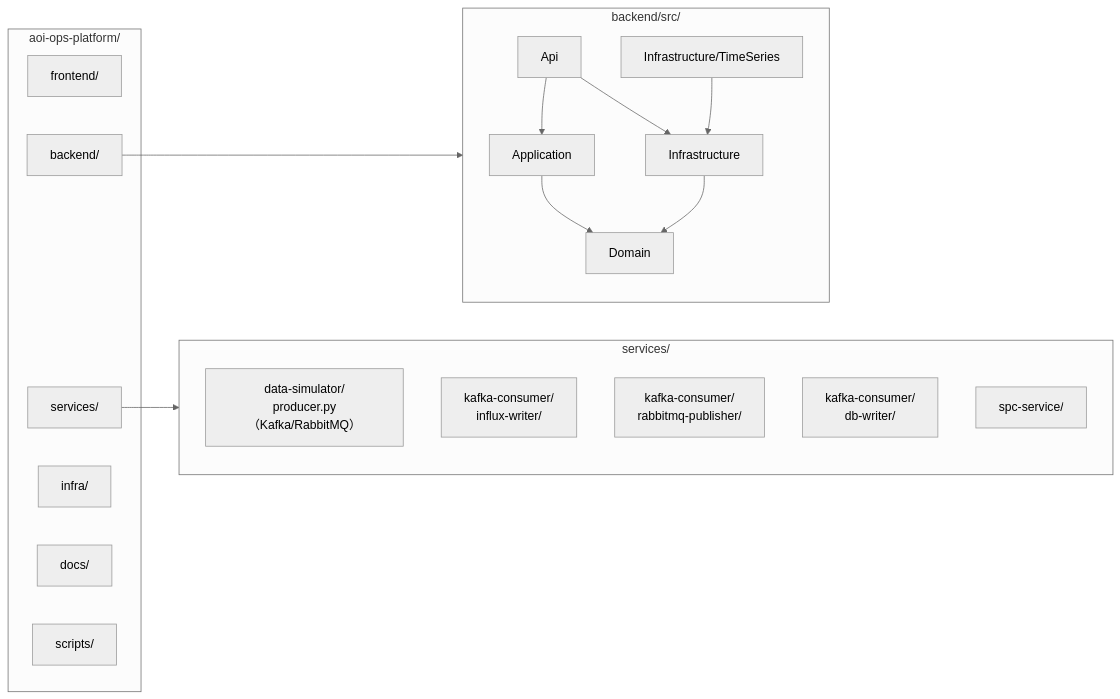
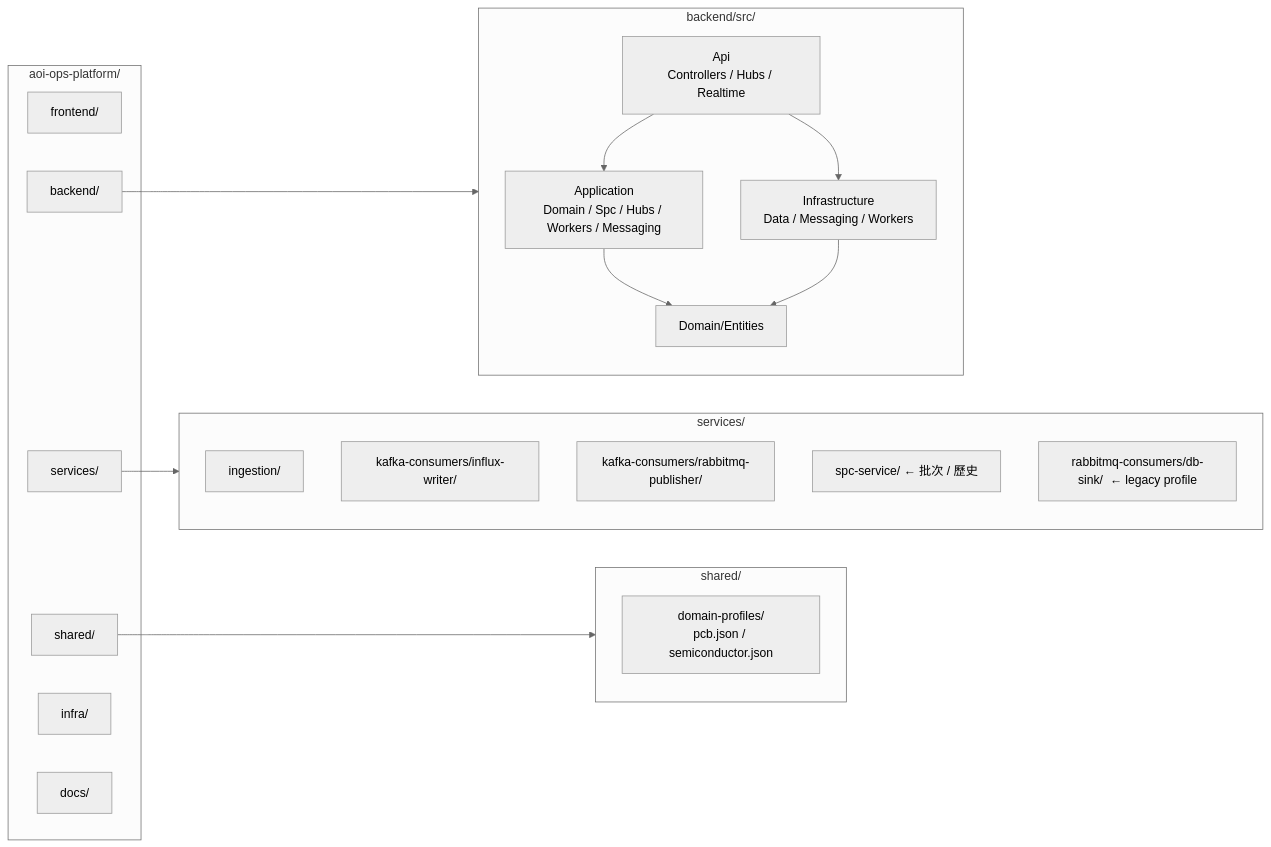
One commit to sfad159357/aoi-ops-platform changed the second of 6 diagrams in graph.md. Above: the diagram before and after it, drawn with Mermaid (neutral theme). The commit also changed other lines of this file and 92 other files, not shown here.

````diff
--- a/graph.md
+++ b/graph.md
@@ -77,35 +101,38 @@
 ```mermaid
 flowchart LR
   subgraph Repo["aoi-ops-platform/"]
     F[frontend/]
     B[backend/]
     S[services/]
+    SH[shared/]
     I[infra/]
     D[docs/]
-    X[scripts/]
   end
 
   subgraph Backend["backend/src/"]
-    Api[Api]
-    App[Application]
-    Dom[Domain]
-    Inf[Infrastructure]
-    TS[Infrastructure/TimeSeries]
+    Api[Api<br/>Controllers / Hubs / Realtime]
+    App[Application<br/>Domain / Spc / Hubs / Workers / Messaging]
+    Dom[Domain/Entities]
+    Inf[Infrastructure<br/>Data / Messaging / Workers]
   end
 
   subgraph Services["services/"]
-    SIM[data-simulator/\nproducer.py（Kafka/RabbitMQ）]
-    CGA_S[kafka-consumer/\ninflux-writer/]
-    CGB_S[kafka-consumer/\nrabbitmq-publisher/]
-    CGC_S[kafka-consumer/\ndb-writer/]
-    SPC[spc-service/]
+    SIM[ingestion/]
+    INF_S[kafka-consumers/influx-writer/]
+    PUB_S[kafka-consumers/rabbitmq-publisher/]
+    SPC_S[spc-service/  ← 批次 / 歷史]
+    LEG[rabbitmq-consumers/db-sink/  ← legacy profile]
+  end
+
+  subgraph Shared["shared/"]
+    DP[domain-profiles/<br/>pcb.json / semiconductor.json]
   end
 
   B --> Backend
   Api --> App
   App --> Dom
   Inf --> Dom
   Api --> Inf
-  TS --> Inf
   S --> Services
+  SH --> Shared
 ```
````
